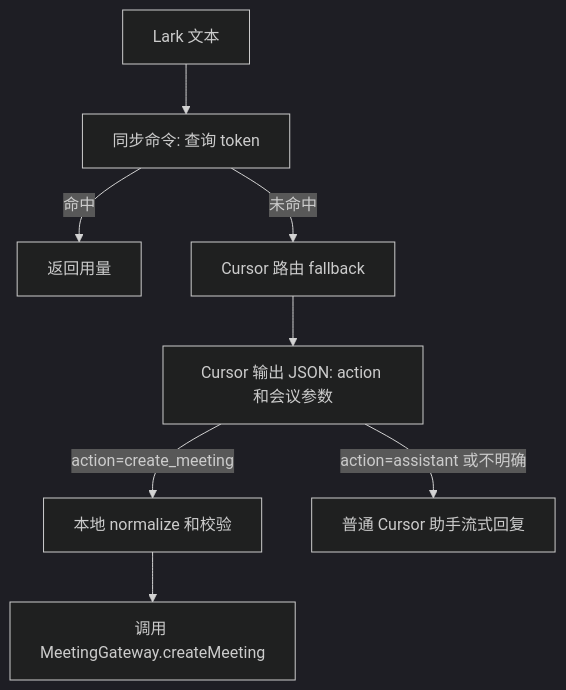
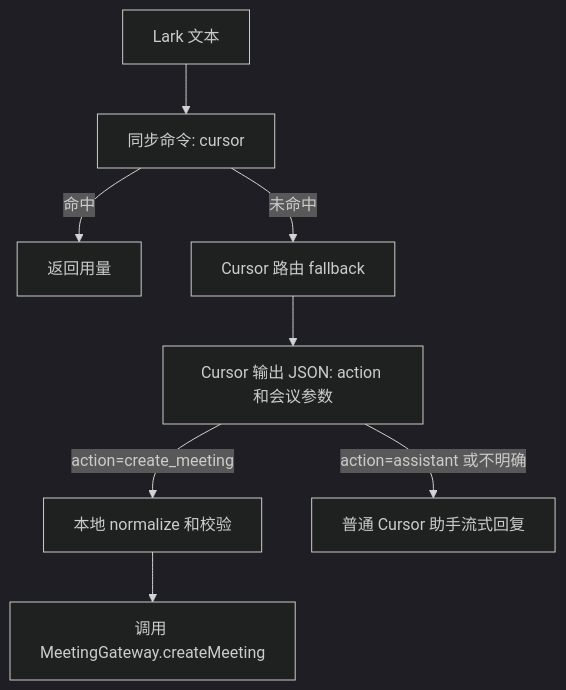
Before and after one commit to zreal-leo/feishu-cli: the diagram in .cursor/plans/cursor-meeting-router_f851f1c2.plan.md, drawn with Mermaid (dark theme). The commit also changed 11 other files, not shown here.

Commit message:
fix: hide Cursor usage costs from replies (#41)

````diff
--- a/.cursor/plans/cursor-meeting-router_f851f1c2.plan.md
+++ b/.cursor/plans/cursor-meeting-router_f851f1c2.plan.md
@@ -44,10 +44,10 @@
 ```mermaid
 flowchart TD
-    larkText[Lark 文本] --> usage[同步命令: 查询 token]
+    larkText[Lark 文本] --> usage[同步命令: cursor]
     usage -->|命中| usageReply[返回用量]
     usage -->|未命中| router[Cursor 路由 fallback]
     router --> classify[Cursor 输出 JSON: action 和会议参数]
     classify -->|action=create_meeting| validate[本地 normalize 和校验]
     validate --> createMeeting[调用 MeetingGateway.createMeeting]
     classify -->|action=assistant 或不明确| assistant[普通 Cursor 助手流式回复]
 ```
````
